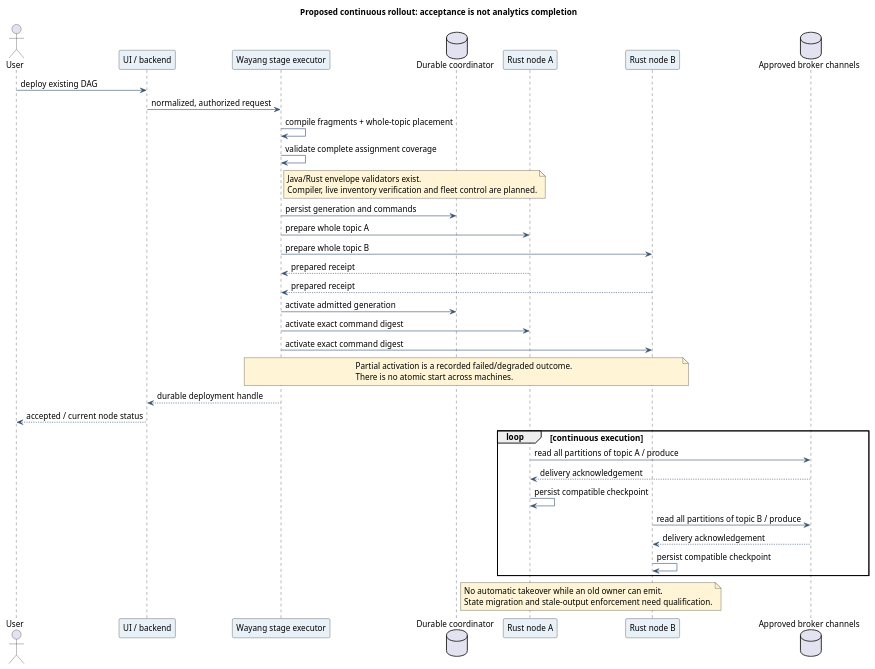
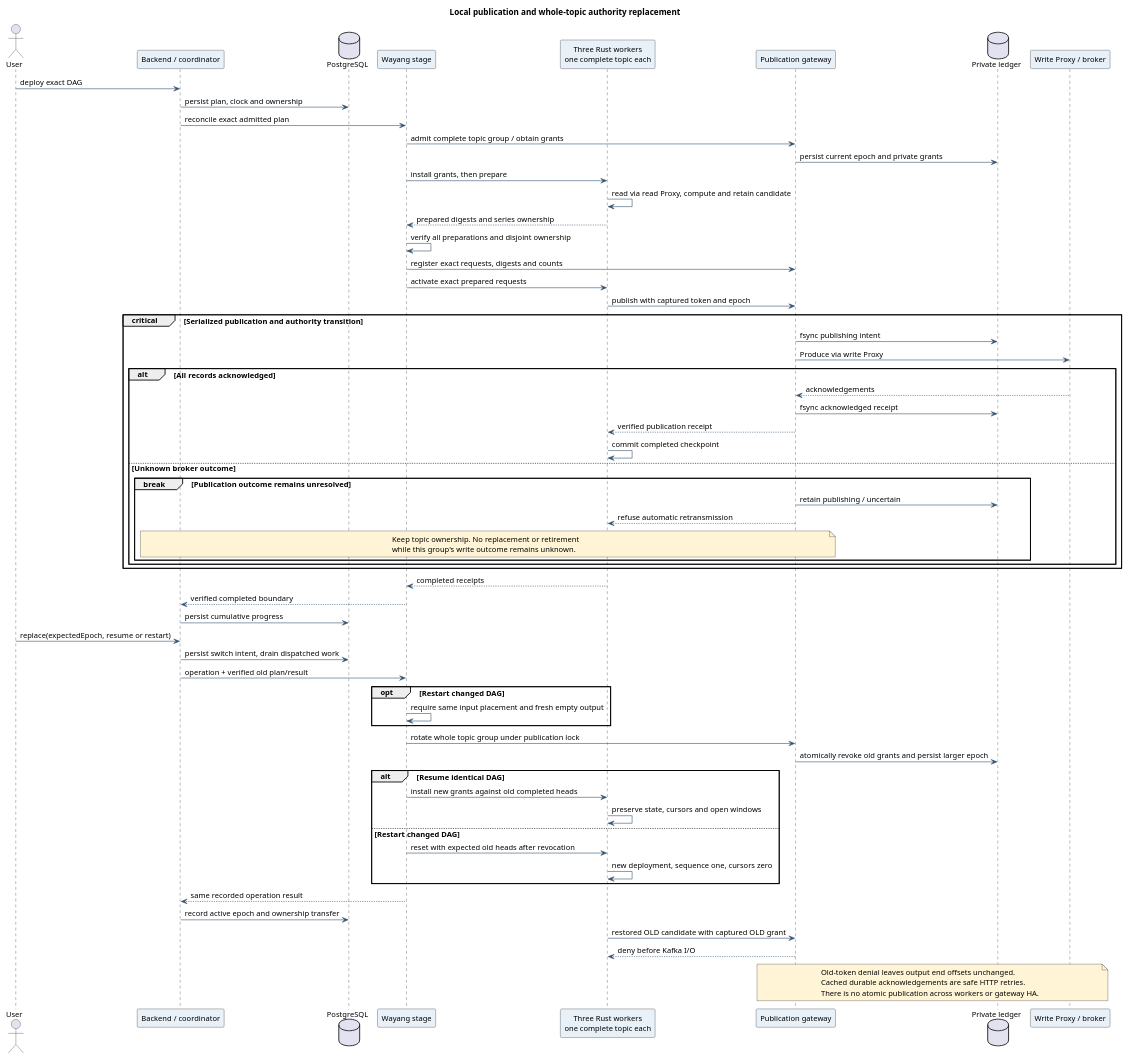
The diagram in docs/devguide/integration/uml/wayang-rust-rollout.puml (kamir/OpenTSx), drawn with PlantUML before and after one commit. The commit also changed 61 other files, not shown here.

Commit message:
feat(wayang): fence Rust publication during deployment changes

```diff
--- a/docs/devguide/integration/uml/wayang-rust-rollout.puml
+++ b/docs/devguide/integration/uml/wayang-rust-rollout.puml
@@ -1,53 +1,79 @@
 @startuml
-title Proposed continuous rollout: acceptance is not analytics completion
+title Local publication and whole-topic authority replacement
 skinparam backgroundColor white
 skinparam shadowing false
 skinparam defaultFontName SansSerif
-skinparam defaultFontSize 14
+skinparam defaultFontSize 13
 skinparam ArrowColor #34536F
 skinparam participantBackgroundColor #E8F0F8
 skinparam noteBackgroundColor #FFF5D6
 
 actor User
-participant "UI / backend" as api
-participant "Wayang stage executor" as driver
-database "Durable coordinator" as journal
-participant "Rust node A" as a
-participant "Rust node B" as b
-database "Approved broker channels" as kafka
+participant "Backend / coordinator" as api
+database "PostgreSQL" as pg
+participant "Wayang stage" as stage
+participant "Three Rust workers\none complete topic each" as workers
+participant "Publication gateway" as gateway
+database "Private ledger" as ledger
+participant "Write Proxy / broker" as kafka
 
-User -> api : deploy existing DAG
-api -> driver : normalized, authorized request
-driver -> driver : compile fragments + whole-topic placement
-driver -> driver : validate complete assignment coverage
-note right of driver
-Java/Rust envelope validators exist.
-Compiler, live inventory verification and fleet control are planned.
-end note
-driver -> journal : persist generation and commands
-driver -> a : prepare whole topic A
-driver -> b : prepare whole topic B
-a --> driver : prepared receipt
-b --> driver : prepared receipt
-driver -> journal : activate admitted generation
-driver -> a : activate exact command digest
-driver -> b : activate exact command digest
-note over driver,b
-Partial activation is a recorded failed/degraded outcome.
-There is no atomic start across machines.
-end note
-driver --> api : durable deployment handle
-api --> User : accepted / current node status
-loop continuous execution
-  a -> kafka : read all partitions of topic A / produce
-  kafka --> a : delivery acknowledgement
-  a -> a : persist compatible checkpoint
-  b -> kafka : read all partitions of topic B / produce
-  kafka --> b : delivery acknowledgement
-  b -> b : persist compatible checkpoint
+User -> api : deploy exact DAG
+api -> pg : persist plan, clock and ownership
+api -> stage : reconcile exact admitted plan
+stage -> gateway : admit complete topic group / obtain grants
+gateway -> ledger : persist current epoch and private grants
+stage -> workers : install grants, then prepare
+workers -> workers : read via read Proxy, compute and retain candidate
+workers --> stage : prepared digests and series ownership
+stage -> stage : verify all preparations and disjoint ownership
+stage -> gateway : register exact requests, digests and counts
+stage -> workers : activate exact prepared requests
+workers -> gateway : publish with captured token and epoch
+critical Serialized publication and authority transition
+  gateway -> ledger : fsync publishing intent
+  gateway -> kafka : Produce via write Proxy
+  alt All records acknowledged
+    kafka --> gateway : acknowledgements
+    gateway -> ledger : fsync acknowledged receipt
+    gateway --> workers : verified publication receipt
+    workers -> workers : commit completed checkpoint
+  else Unknown broker outcome
+    break Publication outcome remains unresolved
+      gateway -> ledger : retain publishing / uncertain
+      gateway --> workers : refuse automatic retransmission
+      note over api,gateway
+      Keep topic ownership. No replacement or retirement
+      while this group's write outcome remains unknown.
+      end note
+    end
+  end
 end
-note over a,b
-No automatic takeover while an old owner can emit.
-State migration and stale-output enforcement need qualification.
+workers --> stage : completed receipts
+stage --> api : verified completed boundary
+api -> pg : persist cumulative progress
+
+User -> api : replace(expectedEpoch, resume or restart)
+api -> pg : persist switch intent, drain dispatched work
+api -> stage : operation + verified old plan/result
+opt Restart changed DAG
+  stage -> stage : require same input placement and fresh empty output
+end
+stage -> gateway : rotate whole topic group under publication lock
+gateway -> ledger : atomically revoke old grants and persist larger epoch
+alt Resume identical DAG
+  stage -> workers : install new grants against old completed heads
+  workers -> workers : preserve state, cursors and open windows
+else Restart changed DAG
+  stage -> workers : reset with expected old heads after revocation
+  workers -> workers : new deployment, sequence one, cursors zero
+end
+stage --> api : same recorded operation result
+api -> pg : record active epoch and ownership transfer
+workers -> gateway : restored OLD candidate with captured OLD grant
+gateway --> workers : deny before Kafka I/O
+note over gateway,kafka
+Old-token denial leaves output end offsets unchanged.
+Cached durable acknowledgements are safe HTTP retries.
+There is no atomic publication across workers or gateway HA.
 end note
 @enduml
```
